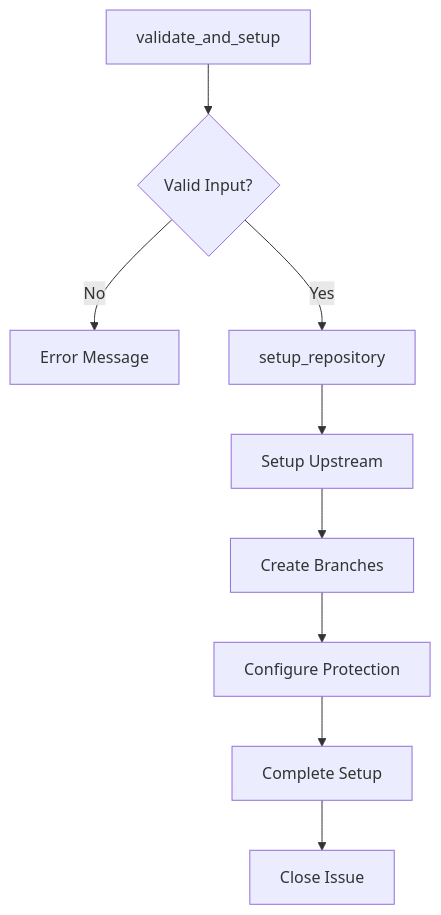
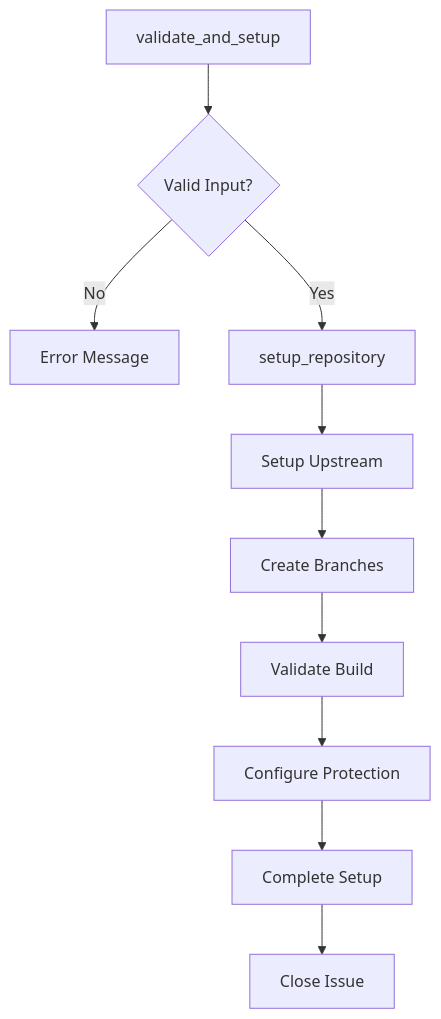
The second of 3 diagrams in doc/init-workflow.md (danielscholl-osdu/osdu-fork-template), drawn with Mermaid before and after one commit. The commit also changed other lines of this file and 1 other file, not shown here.

Commit message:
chore: Validate on init

````diff
--- a/doc/init-workflow.md
+++ b/doc/init-workflow.md
@@ -108,11 +108,12 @@
 ```mermaid
 flowchart TD
     A[validate_and_setup] --> B{Valid Input?}
     B -->|No| C[Error Message]
     B -->|Yes| D[setup_repository]
     D --> E[Setup Upstream]
     E --> F[Create Branches]
-    F --> G[Configure Protection]
-    G --> H[Complete Setup]
-    H --> I[Close Issue]
+    F --> G[Validate Build]
+    G --> H[Configure Protection]
+    H --> I[Complete Setup]
+    I --> J[Close Issue]
 ```
````
